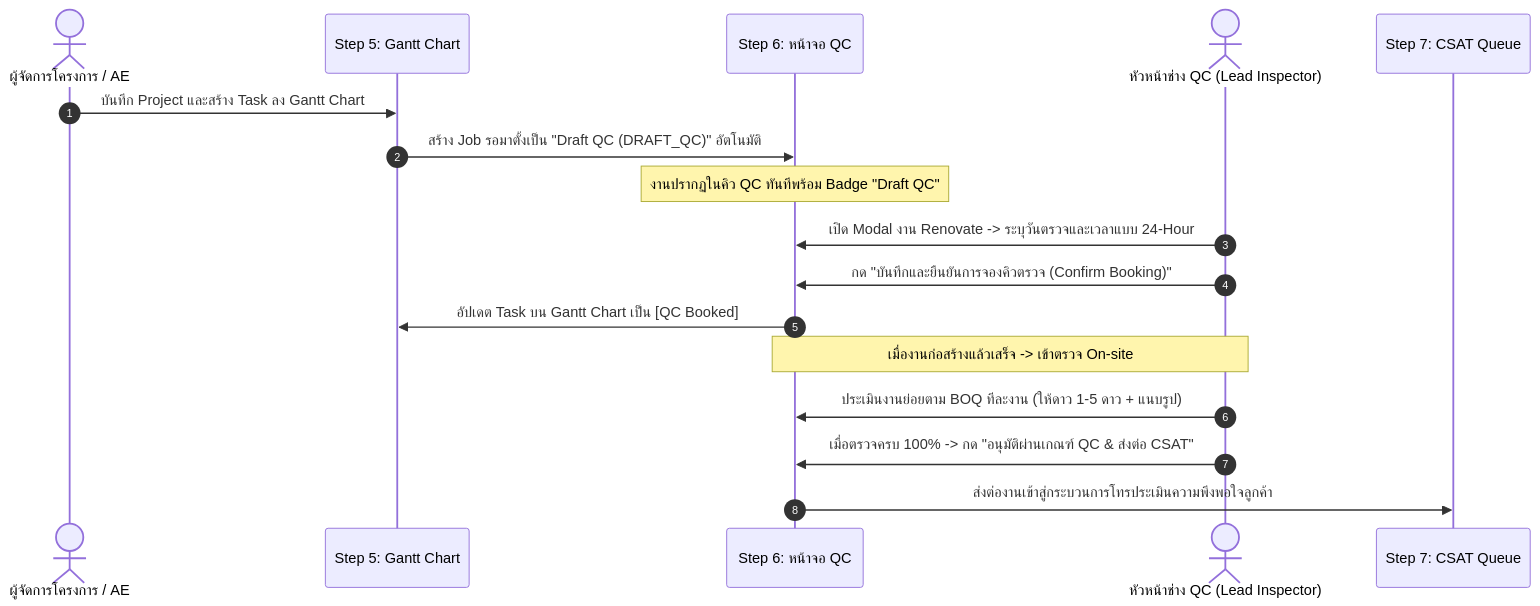
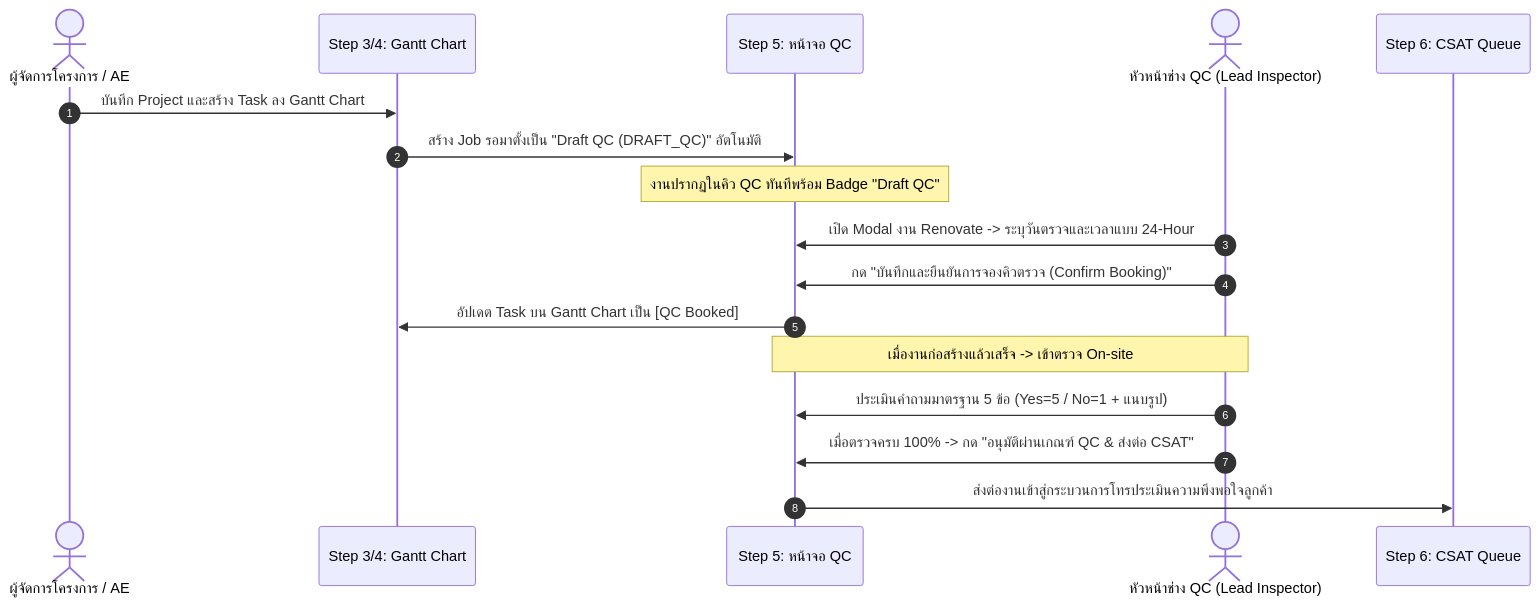
The fourth of 5 diagrams in doc/คู่มือการใช้งาน_Step6_ตรวจรับรองคุณภาพQC.md (isarachootip/pmt_flow), drawn with Mermaid before and after one commit. The commit also changed other lines of this file and 9 other files, not shown here.

Commit message:
refactor(pipeline): merge step 2 & 3 into 6-step pipeline, separate CSAT & MA, update documentation

````diff
--- a/doc/คู่มือการใช้งาน_Step6_ตรวจรับรองคุณภาพQC.md
+++ b/doc/คู่มือการใช้งาน_Step6_ตรวจรับรองคุณภาพQC.md
@@ -134,20 +134,20 @@
 ```mermaid
 sequenceDiagram
     autonumber
     actor PM as ผู้จัดการโครงการ / AE
-    participant Gantt as Step 5: Gantt Chart
-    participant QC as Step 6: หน้าจอ QC
+    participant Gantt as Step 3/4: Gantt Chart
+    participant QC as Step 5: หน้าจอ QC
     actor Lead as หัวหน้าช่าง QC (Lead Inspector)
-    participant CSAT as Step 7: CSAT Queue
+    participant CSAT as Step 6: CSAT Queue
 
     PM->>Gantt: บันทึก Project และสร้าง Task ลง Gantt Chart
     Gantt->>QC: สร้าง Job รอมาตั้งเป็น "Draft QC (DRAFT_QC)" อัตโนมัติ
     Note over QC: งานปรากฏในคิว QC ทันทีพร้อม Badge "Draft QC"
     Lead->>QC: เปิด Modal งาน Renovate -> ระบุวันตรวจและเวลาแบบ 24-Hour
     Lead->>QC: กด "บันทึกและยืนยันการจองคิวตรวจ (Confirm Booking)"
     QC->>Gantt: อัปเดต Task บน Gantt Chart เป็น [QC Booked]
     Note over Lead,QC: เมื่องานก่อสร้างแล้วเสร็จ -> เข้าตรวจ On-site
-    Lead->>QC: ประเมินงานย่อยตาม BOQ ทีละงาน (ให้ดาว 1-5 ดาว + แนบรูป)
+    Lead->>QC: ประเมินคำถามมาตรฐาน 5 ข้อ (Yes=5 / No=1 + แนบรูป)
     Lead->>QC: เมื่อตรวจครบ 100% -> กด "อนุมัติผ่านเกณฑ์ QC & ส่งต่อ CSAT"
     QC->>CSAT: ส่งต่องานเข้าสู่กระบวนการโทรประเมินความพึงพอใจลูกค้า
 ```
````
